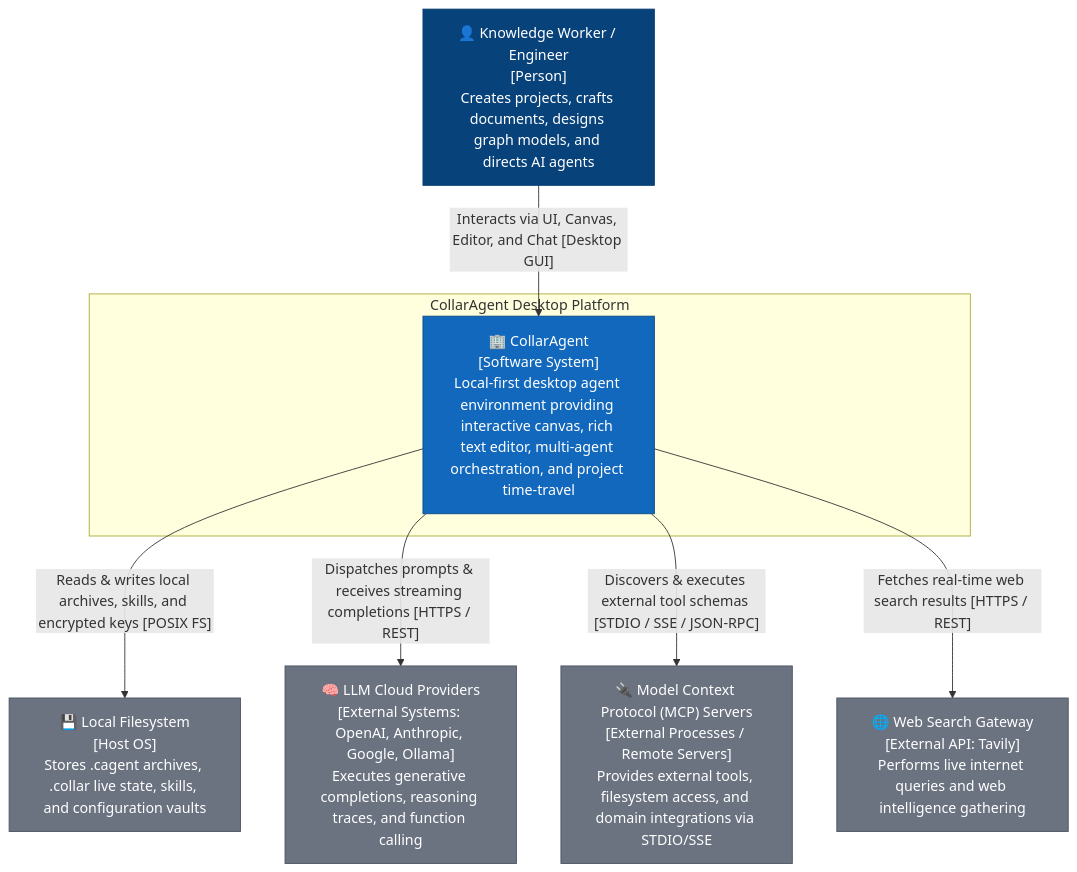
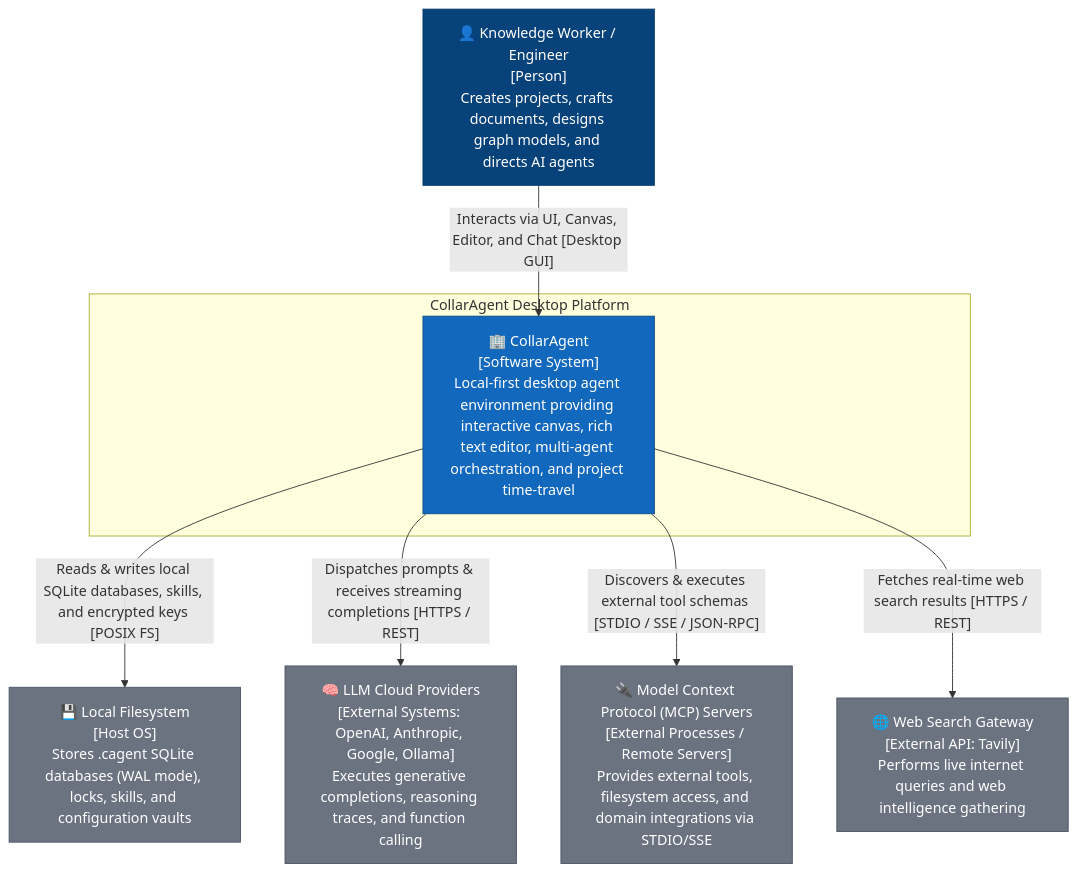
One commit to Goldwaterfung/Collaragent changed the diagram in docs/design-catalog/c1-context/context.mmd. Above: the diagram before and after it, drawn with Mermaid. The commit also changed 46 other files, not shown here.

```diff
--- a/docs/design-catalog/c1-context/context.mmd
+++ b/docs/design-catalog/c1-context/context.mmd
@@ -1,23 +1,23 @@
 flowchart TB
     %% C1 System Context Styling
     classDef person fill:#08427b,stroke:#073b6f,color:#fff;
     classDef system fill:#1168bd,stroke:#0b4884,color:#fff;
     classDef external fill:#6b7280,stroke:#4b5563,color:#fff;
     classDef boundary fill:none,stroke:#94a3b8,stroke-width:2px,stroke-dasharray: 5 5;
 
     User["👤 Knowledge Worker / Engineer<br/>[Person]<br/>Creates projects, crafts documents, designs graph models, and directs AI agents"]:::person
 
     subgraph SystemBoundary ["CollarAgent Desktop Platform"]
         CollarAgentApp["🏢 CollarAgent<br/>[Software System]<br/>Local-first desktop agent environment providing interactive canvas, rich text editor, multi-agent orchestration, and project time-travel"]:::system
     end
 
-    LocalFS["💾 Local Filesystem<br/>[Host OS]<br/>Stores .cagent archives, .collar live state, skills, and configuration vaults"]:::external
+    LocalFS["💾 Local Filesystem<br/>[Host OS]<br/>Stores .cagent SQLite databases (WAL mode), locks, skills, and configuration vaults"]:::external
     LLMProviders["🧠 LLM Cloud Providers<br/>[External Systems: OpenAI, Anthropic, Google, Ollama]<br/>Executes generative completions, reasoning traces, and function calling"]:::external
     MCPServers["🔌 Model Context Protocol (MCP) Servers<br/>[External Processes / Remote Servers]<br/>Provides external tools, filesystem access, and domain integrations via STDIO/SSE"]:::external
     SearchGateway["🌐 Web Search Gateway<br/>[External API: Tavily]<br/>Performs live internet queries and web intelligence gathering"]:::external
 
     User -->|"Interacts via UI, Canvas, Editor, and Chat [Desktop GUI]"| CollarAgentApp
-    CollarAgentApp -->|"Reads & writes local archives, skills, and encrypted keys [POSIX FS]"| LocalFS
+    CollarAgentApp -->|"Reads & writes local SQLite databases, skills, and encrypted keys [POSIX FS]"| LocalFS
     CollarAgentApp -->|"Dispatches prompts & receives streaming completions [HTTPS / REST]"| LLMProviders
     CollarAgentApp -->|"Discovers & executes external tool schemas [STDIO / SSE / JSON-RPC]"| MCPServers
     CollarAgentApp -->|"Fetches real-time web search results [HTTPS / REST]"| SearchGateway
```
